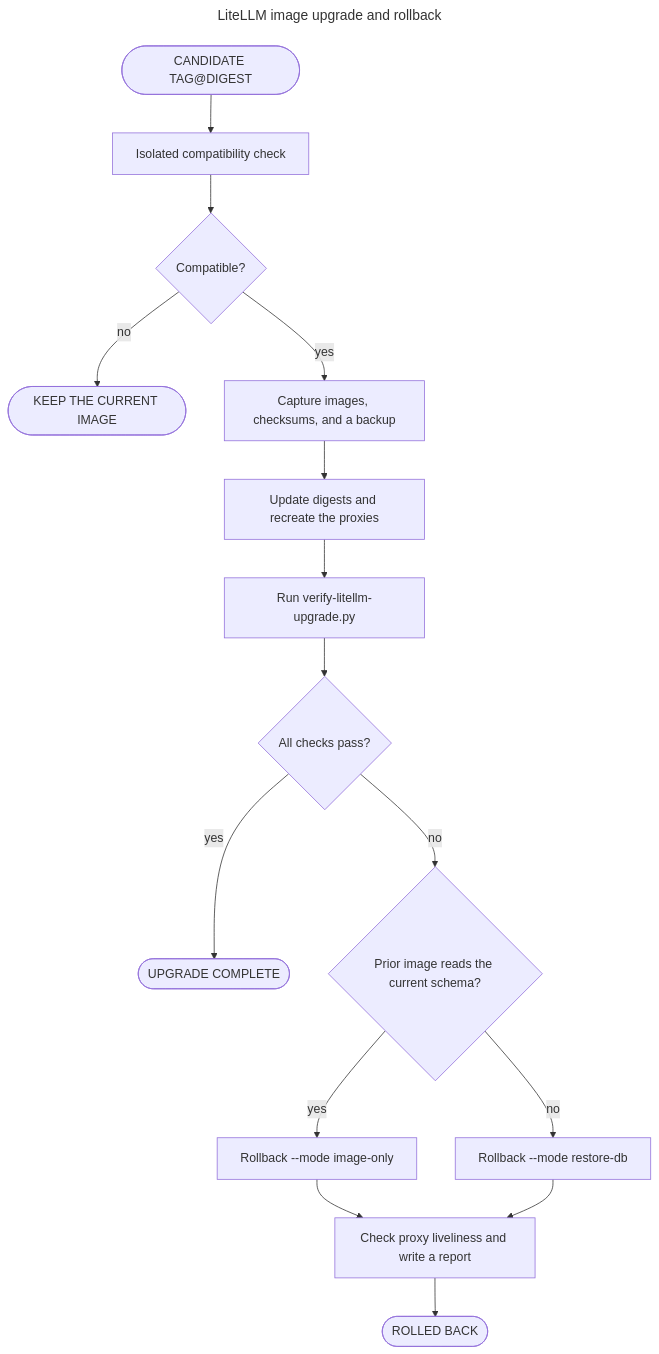
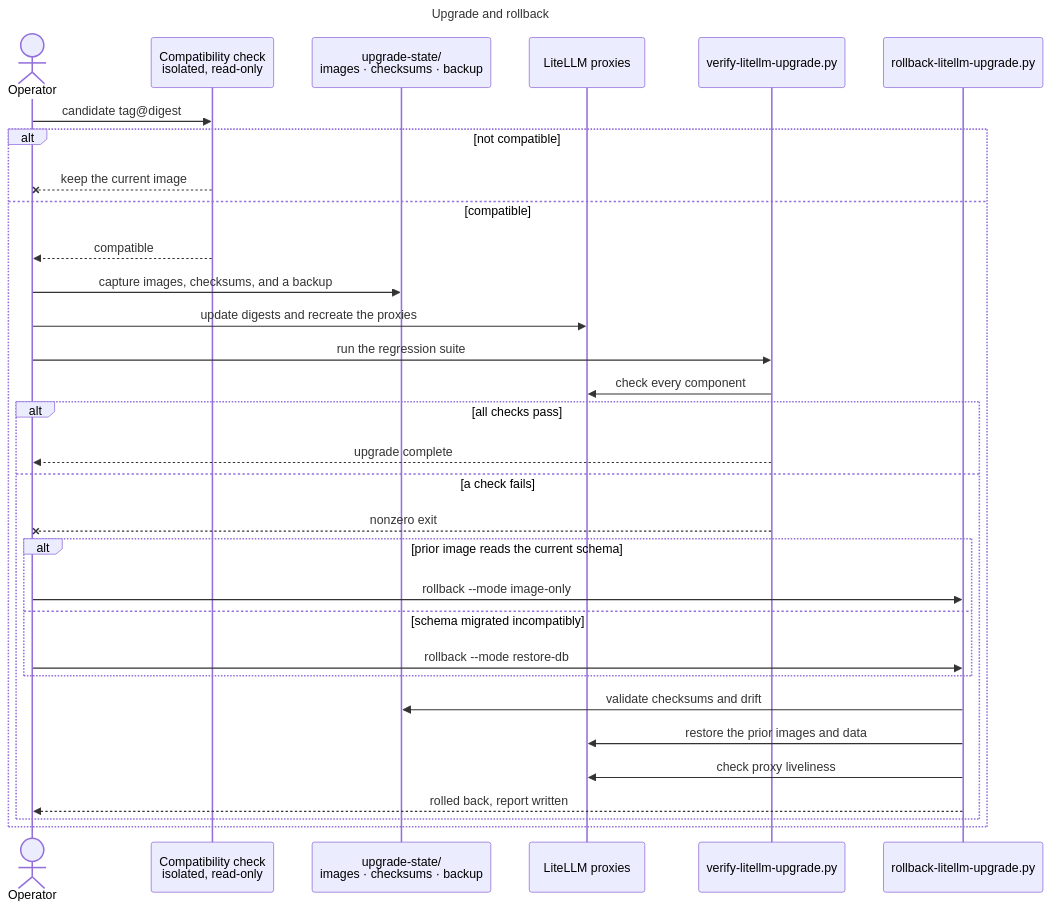
Before and after one commit to bella-1337/effective-spoon: the diagram in diagrams/17-upgrade-rollback-flow.mmd, drawn with Mermaid. The commit also changed 27 other files, not shown here.

First line of the commit message:
Draw the flow diagrams as animated sequence diagrams

```diff
--- a/diagrams/17-upgrade-rollback-flow.mmd
+++ b/diagrams/17-upgrade-rollback-flow.mmd
@@ -1,37 +1,40 @@
 ---
-title: LiteLLM image upgrade and rollback
+title: Upgrade and rollback
 ---
-flowchart TD
+sequenceDiagram
   %% Source for 17-upgrade-rollback-flow.html. Edit this file, then run ./scripts/render-diagrams.py.
   %% Directives: docs in diagrams/README.md (Updating diagrams).
   %% @subtitle Compatibility check, rollback point, regression suite, and the two rollback modes
+  %% @type security: CHK
+  %% @type database: STATE
+  actor OP as Operator
+  participant CHK as Compatibility check<br/>isolated, read-only
+  participant STATE as upgrade-state/<br/>images · checksums · backup
+  participant ST as LiteLLM proxies
+  participant V as verify-litellm-upgrade.py
+  participant RB as rollback-litellm-upgrade.py
 
-  S(["CANDIDATE TAG@DIGEST"])
-  CMP["Isolated compatibility check"]
-  CPASS{"Compatible?"}
-  STOP(["KEEP THE CURRENT IMAGE"])
-  PREP["Capture images, checksums, and a backup"]
-  UPD["Update digests and recreate the proxies"]
-  VER["Run verify-litellm-upgrade.py"]
-  VPASS{"All checks pass?"}
-  DONE(["UPGRADE COMPLETE"])
-  SCH{"Prior image reads the current schema?"}
-  IMG["Rollback --mode image-only"]
-  RDB["Rollback --mode restore-db"]
-  LIVE["Check proxy liveliness and write a report"]
-  E(["ROLLED BACK"])
-
-  S --> CMP
-  CMP --> CPASS
-  CPASS -->|"no"| STOP
-  CPASS -->|"yes"| PREP
-  PREP --> UPD
-  UPD --> VER
-  VER --> VPASS
-  VPASS -->|"yes"| DONE
-  VPASS -->|"no"| SCH
-  SCH -->|"yes"| IMG
-  SCH -->|"no"| RDB
-  IMG --> LIVE
-  RDB --> LIVE
-  LIVE --> E
+  OP->>CHK: candidate tag@digest
+  alt not compatible
+    CHK--xOP: keep the current image
+  else compatible
+    CHK-->>OP: compatible
+    OP->>STATE: capture images, checksums, and a backup
+    OP->>ST: update digests and recreate the proxies
+    OP->>V: run the regression suite
+    V->>ST: check every component
+    alt all checks pass
+      V-->>OP: upgrade complete
+    else a check fails
+      V--xOP: nonzero exit
+      alt prior image reads the current schema
+        OP->>RB: rollback --mode image-only
+      else schema migrated incompatibly
+        OP->>RB: rollback --mode restore-db
+      end
+      RB->>STATE: validate checksums and drift
+      RB->>ST: restore the prior images and data
+      RB->>ST: check proxy liveliness
+      RB-->>OP: rolled back, report written
+    end
+  end
```
